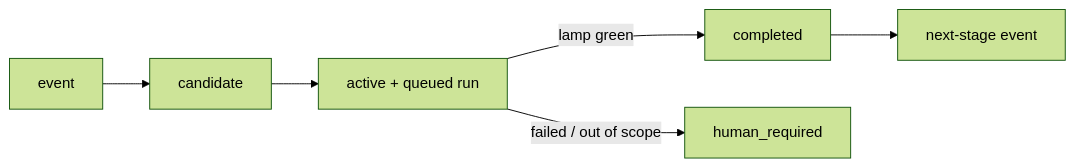
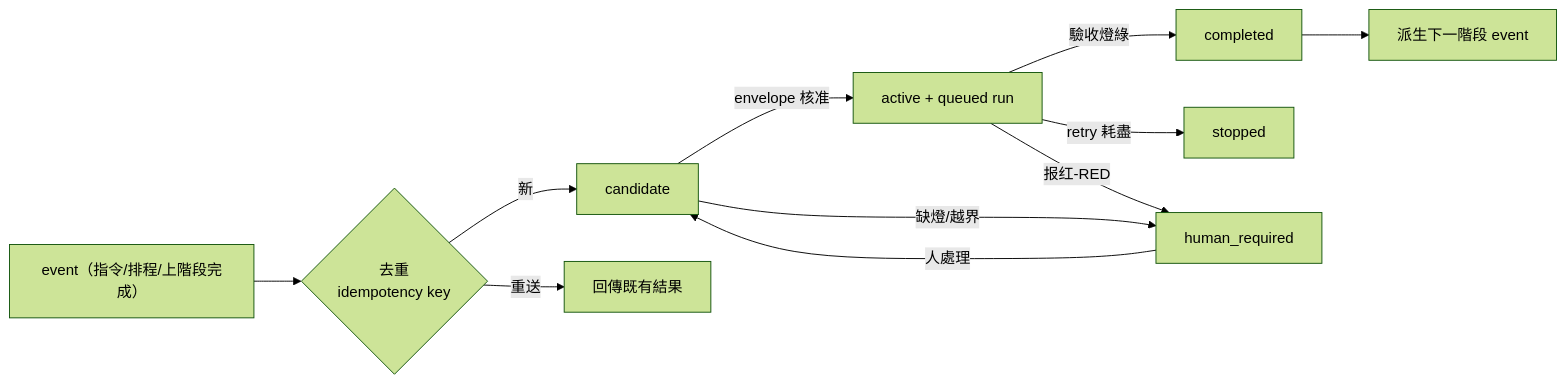
Before and after one commit to justinyu73/loop-hybrid-2: the first of 3 diagrams in README.md, drawn with Mermaid (forest theme). The commit also changed other lines of this file and 2 other files, not shown here.

````diff
--- a/README.md
+++ b/README.md
@@ -11,7 +21,13 @@
 ```mermaid
 flowchart LR
-    E["event"] --> C[candidate] --> A[active + queued run]
-    A -->|lamp green| D[completed]
-    A -->|failed / out of scope| H[human_required]
-    D --> N[next-stage event]
+    E["event（指令/排程/上階段完成）"] --> R{去重<br/>idempotency key}
+    R -->|新| C[candidate]
+    R -->|重送| O[回傳既有結果]
+    C -->|envelope 核准| A[active + queued run]
+    C -->|缺燈/越界| H[human_required]
+    A -->|驗收燈綠| D[completed]
+    A -->|retry 耗盡| S[stopped]
+    A -->|报红-RED| H
+    H -->|人處理| C
+    D --> N[派生下一階段 event]
 ```
````
